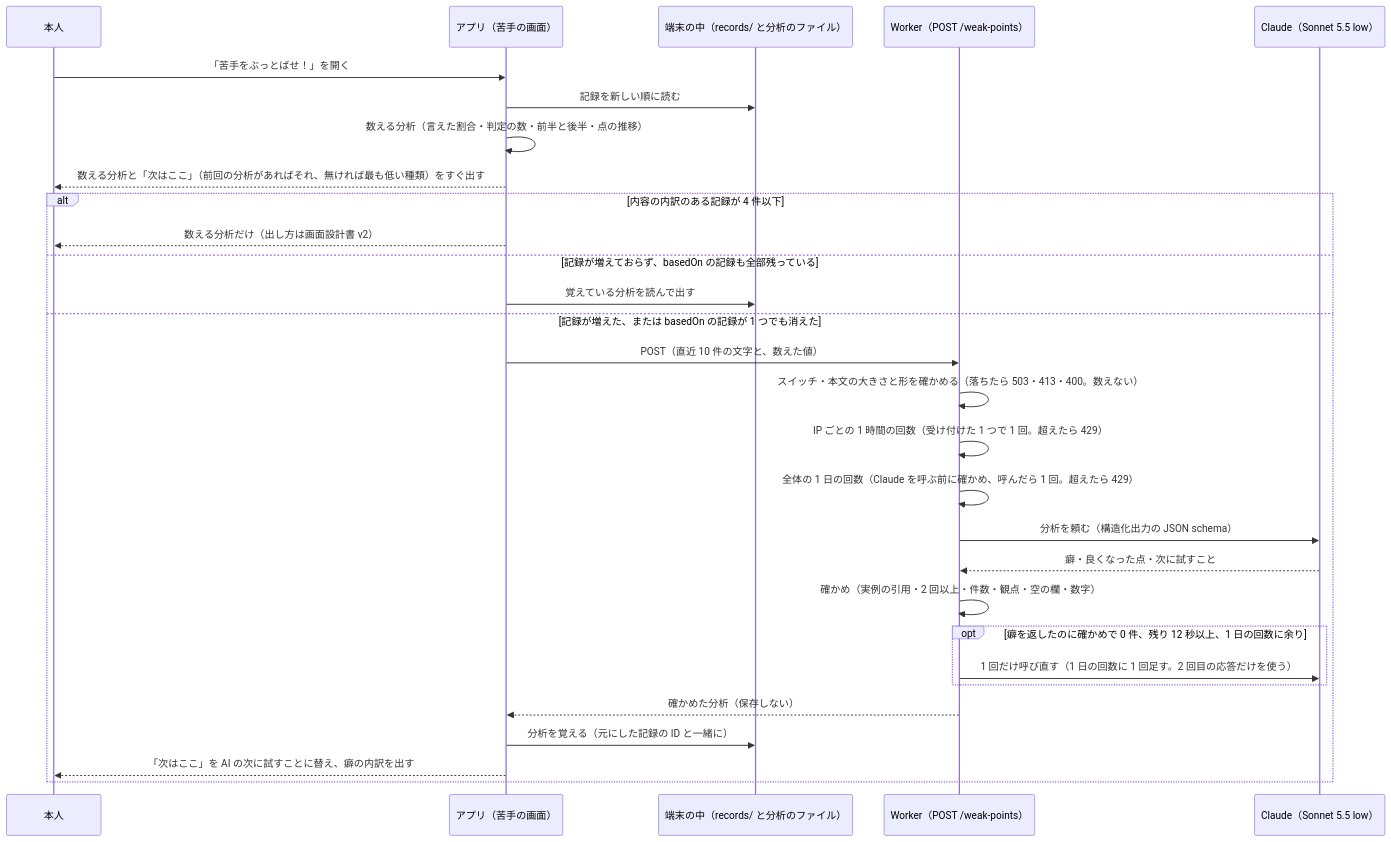
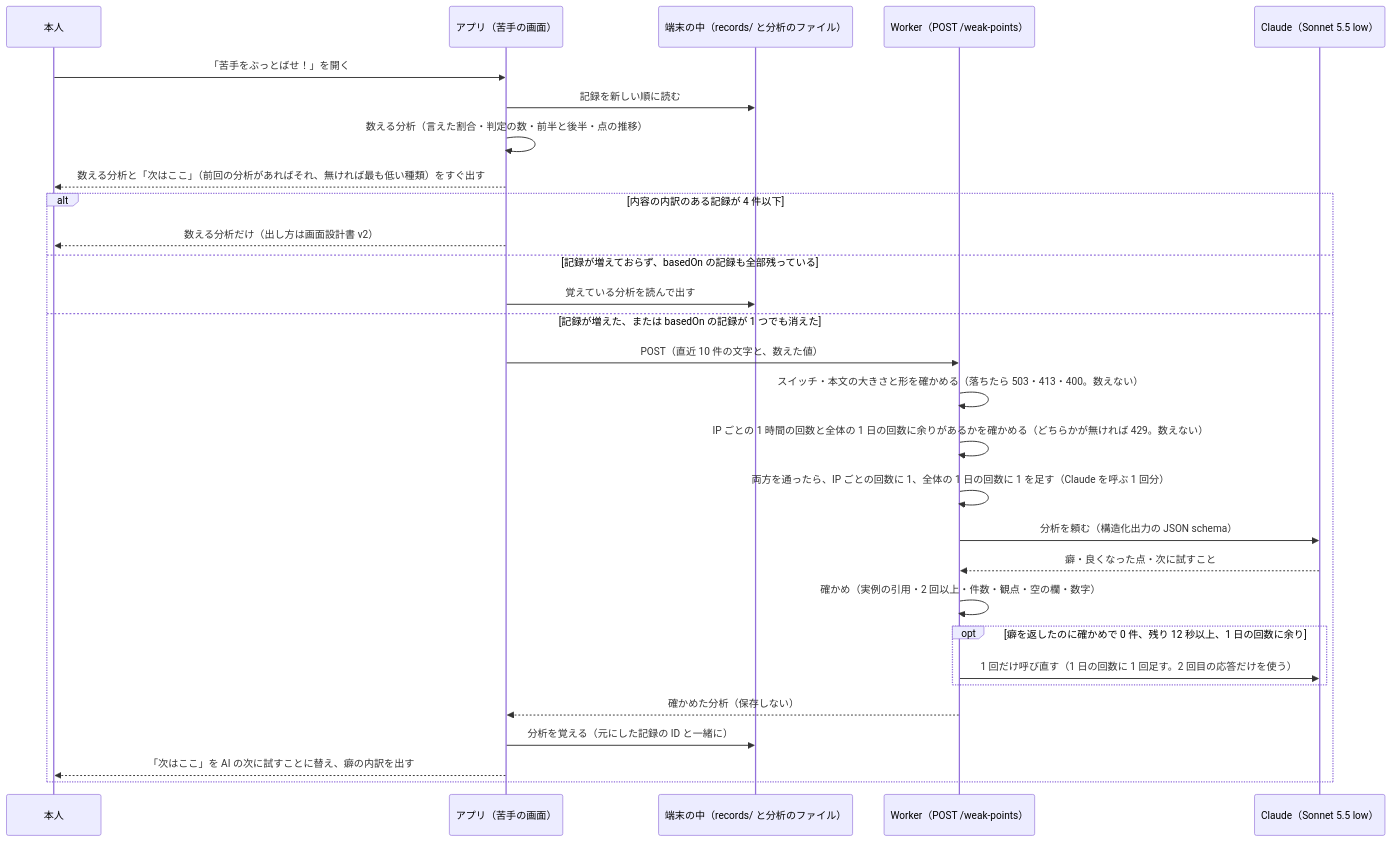
Before and after one commit to jphacks/ng_2622: the diagram in docs/design/weak-point-analysis.md, drawn with Mermaid. The commit also changed other lines of this file and 2 other files, not shown here.

````diff
--- a/docs/design/weak-point-analysis.md
+++ b/docs/design/weak-point-analysis.md
@@ -114,31 +114,31 @@
 ```mermaid
 sequenceDiagram
   participant U as 本人
   participant A as アプリ（苦手の画面）
   participant S as 端末の中（records/ と分析のファイル）
   participant W as Worker（POST /weak-points）
   participant C as Claude（Sonnet 5.5 low）
   U->>A: 「苦手をぶっとばせ！」を開く
   A->>S: 記録を新しい順に読む
   A->>A: 数える分析（言えた割合・判定の数・前半と後半・点の推移）
   A-->>U: 数える分析と「次はここ」（前回の分析があればそれ、無ければ最も低い種類）をすぐ出す
   alt 内容の内訳のある記録が 4 件以下
     A-->>U: 数える分析だけ（出し方は画面設計書 v2）
   else 記録が増えておらず、basedOn の記録も全部残っている
     A->>S: 覚えている分析を読んで出す
   else 記録が増えた、または basedOn の記録が 1 つでも消えた
     A->>W: POST（直近 10 件の文字と、数えた値）
     W->>W: スイッチ・本文の大きさと形を確かめる（落ちたら 503・413・400。数えない）
-    W->>W: IP ごとの 1 時間の回数（受け付けた 1 つで 1 回。超えたら 429）
-    W->>W: 全体の 1 日の回数（Claude を呼ぶ前に確かめ、呼んだら 1 回。超えたら 429）
+    W->>W: IP ごとの 1 時間の回数と全体の 1 日の回数に余りがあるかを確かめる（どちらかが無ければ 429。数えない）
+    W->>W: 両方を通ったら、IP ごとの回数に 1、全体の 1 日の回数に 1 を足す（Claude を呼ぶ 1 回分）
     W->>C: 分析を頼む（構造化出力の JSON schema）
     C-->>W: 癖・良くなった点・次に試すこと
     W->>W: 確かめ（実例の引用・2 回以上・件数・観点・空の欄・数字）
     opt 癖を返したのに確かめで 0 件、残り 12 秒以上、1 日の回数に余り
       W->>C: 1 回だけ呼び直す（1 日の回数に 1 回足す。2 回目の応答だけを使う）
     end
     W-->>A: 確かめた分析（保存しない）
     A->>S: 分析を覚える（元にした記録の ID と一緒に）
     A-->>U: 「次はここ」を AI の次に試すことに替え、癖の内訳を出す
   end
 ```
````
